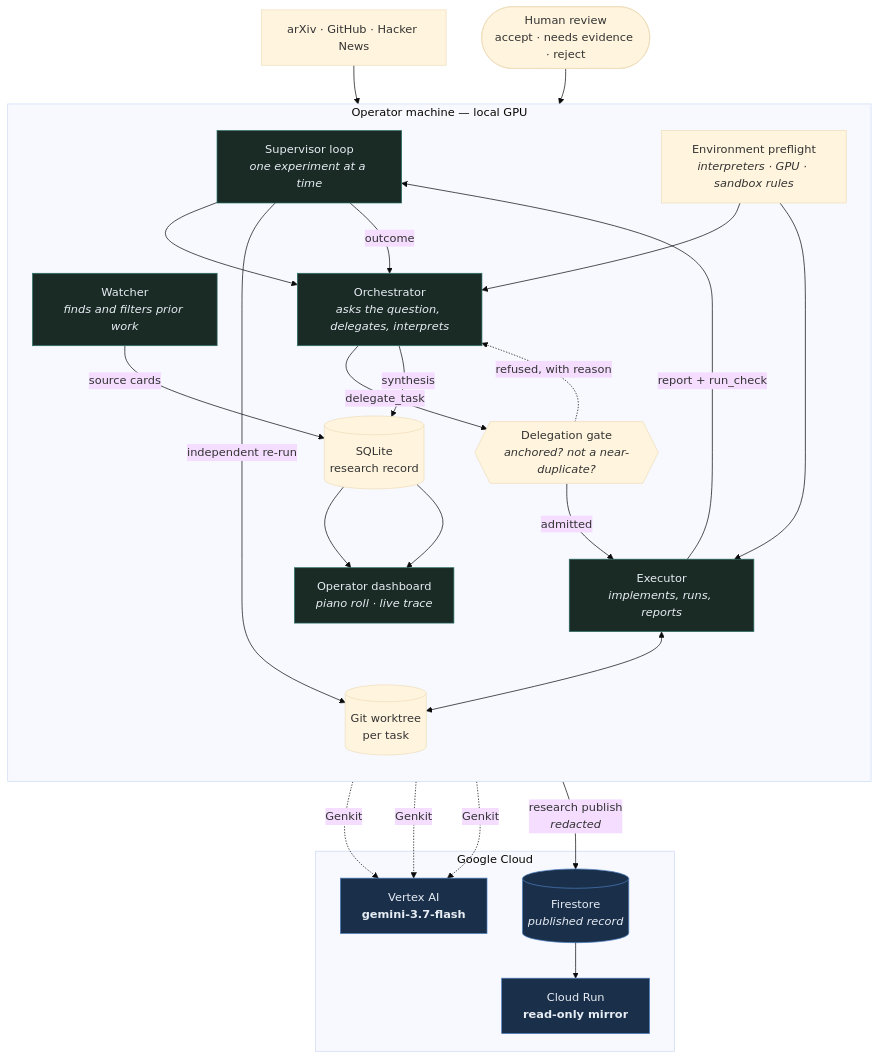
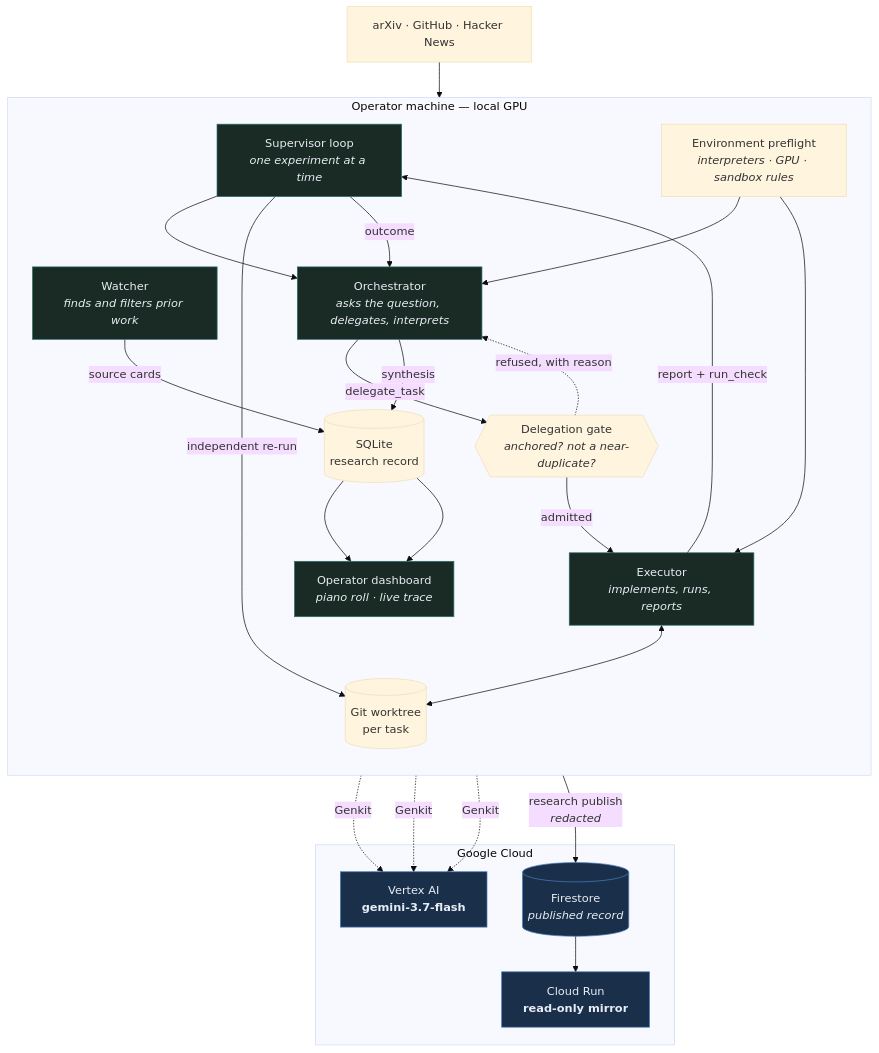
One commit to iamyanbo/CURI changed the diagram in README.md. Above: the diagram before and after it, drawn with Mermaid (base theme). The commit also changed other lines of this file and 8 other files, not shown here.

````diff
--- a/README.md
+++ b/README.md
@@ -22,49 +22,48 @@
 ```mermaid
 flowchart TB
     subgraph Local["Operator machine — local GPU"]
         direction TB
         SUP["Supervisor loop<br/><i>one experiment at a time</i>"]
         ORCH["Orchestrator<br/><i>asks the question, delegates, interprets</i>"]
         EXEC["Executor<br/><i>implements, runs, reports</i>"]
         WATCH["Watcher<br/><i>finds and filters prior work</i>"]
         GATE{{"Delegation gate<br/><i>anchored? not a near-duplicate?</i>"}}
         PRE["Environment preflight<br/><i>interpreters · GPU · sandbox rules</i>"]
         WT[("Git worktree<br/>per task")]
         DB[("SQLite<br/>research record")]
         DASH["Operator dashboard<br/><i>piano roll · live trace</i>"]
     end
 
     subgraph Google["Google Cloud"]
         VERTEX["Vertex AI<br/><b>gemini-3.7-flash</b>"]
         FS[("Firestore<br/><i>published record</i>")]
         RUN["Cloud Run<br/><b>read-only mirror</b>"]
     end
 
     ARXIV["arXiv · GitHub · Hacker News"] --> WATCH
     WATCH -->|source cards| DB
     SUP --> ORCH
     ORCH -->|delegate_task| GATE
     GATE -->|admitted| EXEC
     GATE -.->|refused, with reason| ORCH
     PRE --> ORCH
     PRE --> EXEC
     EXEC <--> WT
     EXEC -->|report + run_check| SUP
     SUP -->|independent re-run| WT
     SUP -->|outcome| ORCH
     ORCH -->|synthesis| DB
     DB --> DASH
-    HUMAN(["Human review<br/>accept · needs evidence · reject"]) --> DB
     DB --> DASH
 
     ORCH -.->|Genkit| VERTEX
     EXEC -.->|Genkit| VERTEX
     WATCH -.->|Genkit| VERTEX
     DB -->|research publish<br/><i>redacted</i>| FS
     FS --> RUN
 
     classDef cloud fill:#1a2f4a,stroke:#4a7dbd,color:#e7edf4
     classDef local fill:#1a2a24,stroke:#2b6f66,color:#e7edf4
     class VERTEX,FS,RUN cloud
     class SUP,ORCH,EXEC,WATCH,DASH local
 ```
````
